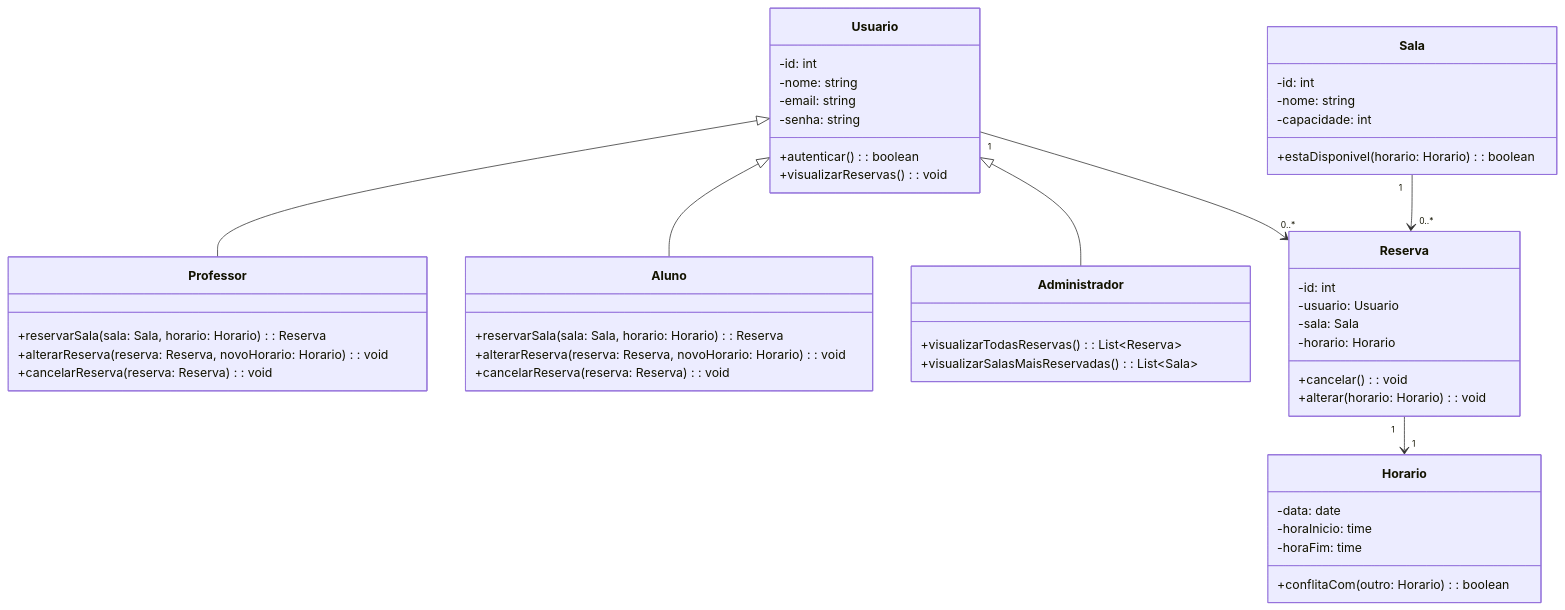
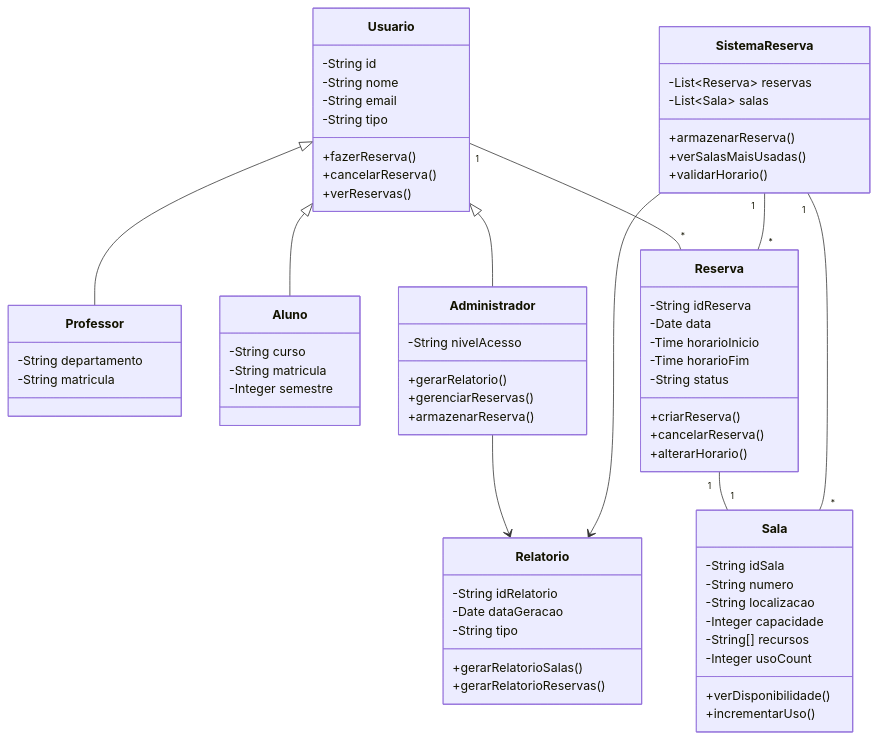
Before and after one commit to GustavoRinck/ReservaFacil: the diagram in DiagramaDeClasses.mmd, drawn with Mermaid. The commit also changed other lines of this file, not shown here.

```diff
--- a/DiagramaDeClasses.mmd
+++ b/DiagramaDeClasses.mmd
@@ -1,61 +1,76 @@
 classDiagram
     class Usuario {
-        -id: int
-        -nome: string
-        -email: string
-        -senha: string
-        +autenticar(): boolean
-        +visualizarReservas(): void
+        -String id
+        -String nome
+        -String email
+        -String tipo
+        +fazerReserva()
+        +cancelarReserva()
+        +verReservas()
     }
 
     class Professor {
-        +reservarSala(sala: Sala, horario: Horario): Reserva
-        +alterarReserva(reserva: Reserva, novoHorario: Horario): void
-                +cancelarReserva(reserva: Reserva): void
-
+        -String departamento
+        -String matricula
     }
 
     class Aluno {
-        +reservarSala(sala: Sala, horario: Horario): Reserva
-                +alterarReserva(reserva: Reserva, novoHorario: Horario): void
-
-        +cancelarReserva(reserva: Reserva): void
+        -String curso
+        -String matricula
+        -Integer semestre
     }
 
     class Administrador {
-        +visualizarTodasReservas(): List~Reserva~
-        +visualizarSalasMaisReservadas(): List~Sala~
+        -String nivelAcesso
+        +gerarRelatorio()
+        +gerenciarReservas()
+        +armazenarReserva()
+    }
+
+    class Reserva {
+        -String idReserva
+        -Date data
+        -Time horarioInicio
+        -Time horarioFim
+        -String status
+        +criarReserva()
+        +cancelarReserva()
+        +alterarHorario()
     }
 
     class Sala {
-        -id: int
-        -nome: string
-        -capacidade: int
-        +estaDisponivel(horario: Horario): boolean
+        -String idSala
+        -String numero
+        -String localizacao
+        -Integer capacidade
+        -String[] recursos
+        -Integer usoCount
+        +verDisponibilidade()
+        +incrementarUso()
     }
 
-    class Reserva {
-        -id: int
-        -usuario: Usuario
-        -sala: Sala
-        -horario: Horario
-        +cancelar(): void
-        +alterar(horario: Horario): void
+    class Relatorio {
+        -String idRelatorio
+        -Date dataGeracao
+        -String tipo
+        +gerarRelatorioSalas()
+        +gerarRelatorioReservas()
     }
 
-    class Horario {
-        -data: date
-        -horaInicio: time
-        -horaFim: time
-        +conflitaCom(outro: Horario): boolean
+    class SistemaReserva {
+        -List~Reserva~ reservas
+        -List~Sala~ salas
+        +armazenarReserva()
+        +verSalasMaisUsadas()
+        +validarHorario()
     }
 
-    %% Heranças
     Usuario <|-- Professor
     Usuario <|-- Aluno
     Usuario <|-- Administrador
-
-    %% Relacionamentos
-    Sala "1" --> "0..*" Reserva
-    Usuario "1" --> "0..*" Reserva
-    Reserva "1" --> "1" Horario
+    Usuario "1" -- "*" Reserva
+    Reserva "1" -- "1" Sala
+    SistemaReserva "1" -- "*" Reserva
+    SistemaReserva "1" -- "*" Sala
+    Administrador --> Relatorio
+    SistemaReserva --> Relatorio
```
